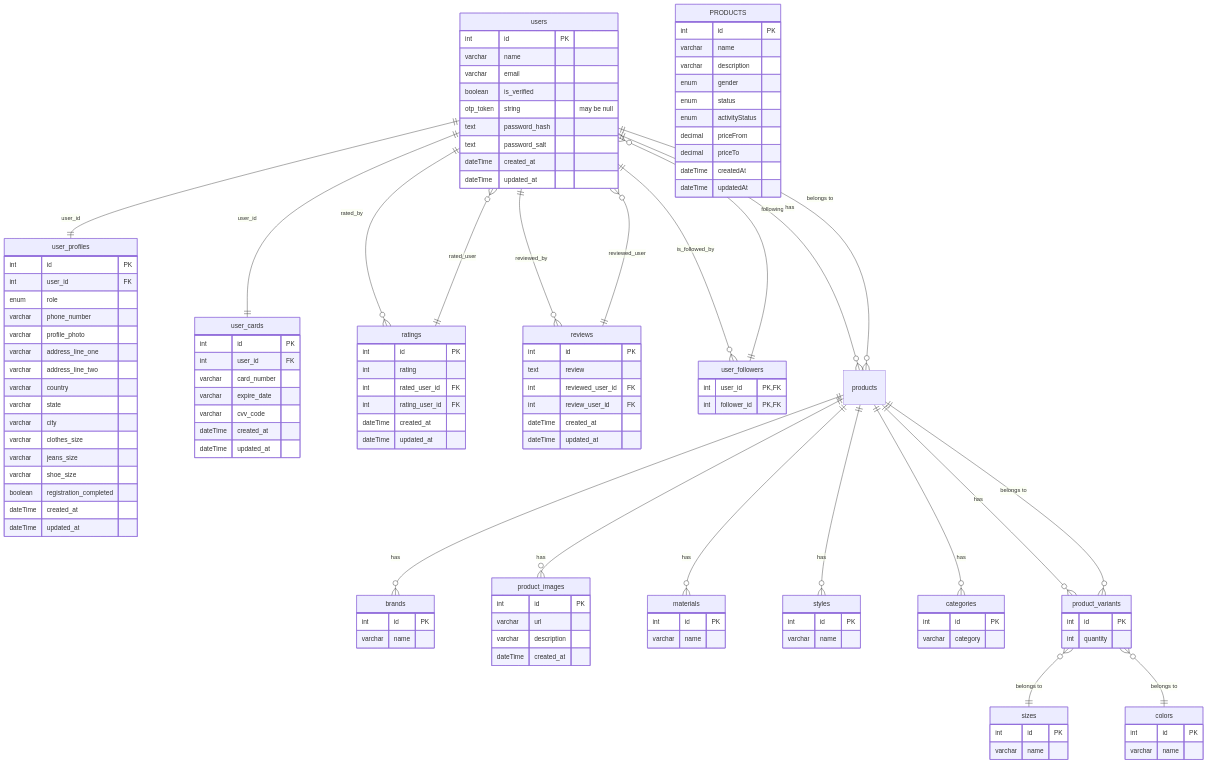
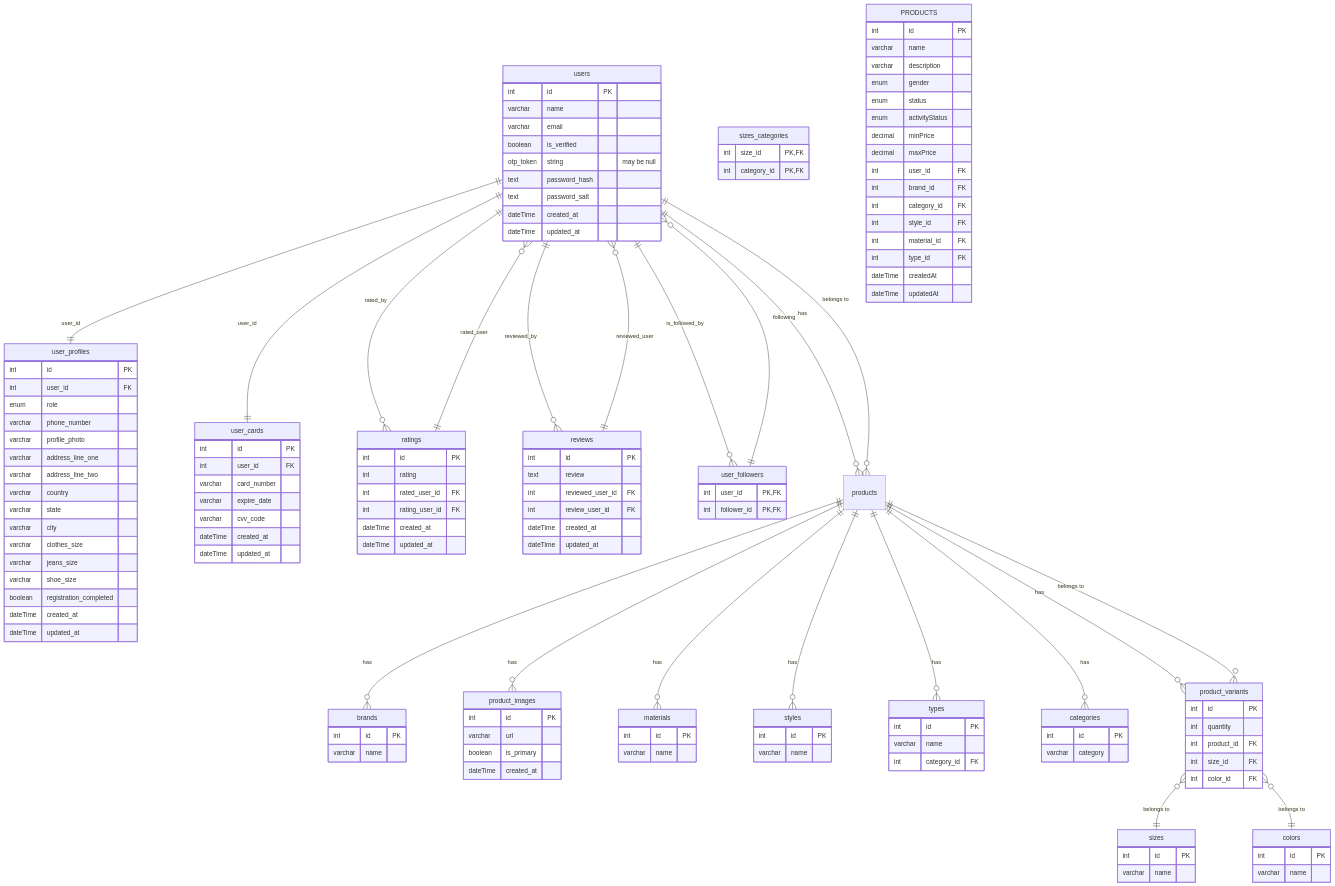
The diagram in README.md (ZenBit-Tech/sunny-bunnies_be), drawn with Mermaid before and after one commit.

Commit message:
feat: update db schema

```diff
--- a/README.md
+++ b/README.md
@@ -128,7 +128,7 @@
   product_images {
     int id PK
     varchar url
-    varchar description
+    boolean is_primary
     dateTime created_at
   }
 
@@ -147,14 +147,28 @@
     varchar name
   }
 
+  types {
+    int id PK
+    varchar name
+    int category_id FK
+  }
+
   categories {
     int id PK
     varchar category
   }
 
+  sizes_categories {
+    int size_id PK,FK
+    int category_id PK,FK
+  }
+
   product_variants {
     int id PK
     int quantity
+    int product_id FK
+    int size_id FK
+    int color_id FK
   }
 
   PRODUCTS {
@@ -164,8 +178,14 @@
     enum gender 
     enum  status
     enum activityStatus
-    decimal priceFrom
-    decimal priceTo
+    decimal minPrice
+    decimal maxPrice
+    int user_id FK
+    int brand_id FK
+    int category_id FK
+    int style_id FK
+    int material_id FK
+    int type_id FK
     dateTime createdAt
     dateTime updatedAt
   }
@@ -175,6 +195,7 @@
   products ||--o{ styles : "has"
   products ||--o{ brands : "has"
   products ||--o{ materials : "has"
+  products ||--o{ types : "has"
   products ||--o{ product_variants : "has"
   products }o--|| users : "belongs to"
 
```
